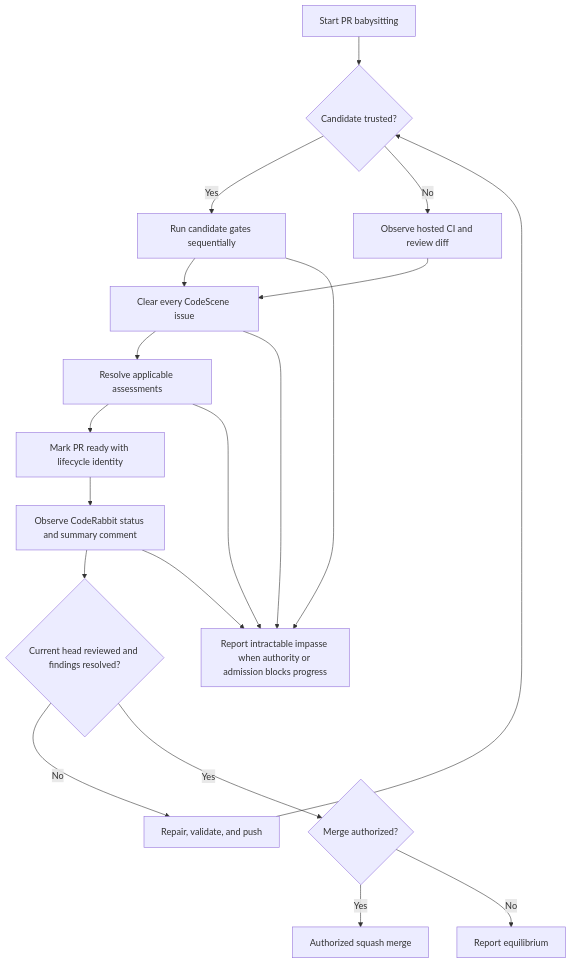
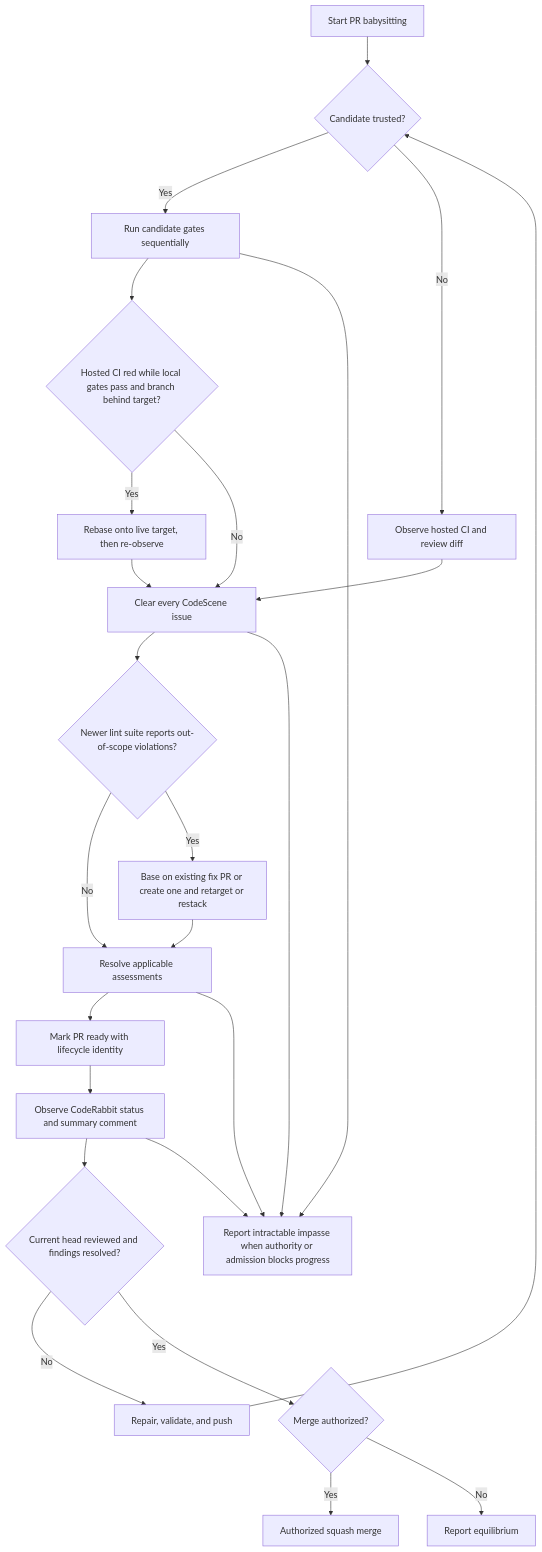
One commit to leynos/agent-helper-scripts changed the third of 6 diagrams in docs/users-guide.md. Above: the diagram before and after it, drawn with Mermaid. The commit also changed other lines of this file and 6 other files, not shown here.

First line of the commit message:
Handle stale bases and newer lint suites in pr-babysitting

````diff
--- a/docs/users-guide.md
+++ b/docs/users-guide.md
@@ -768,37 +768,46 @@
 ```mermaid
 flowchart TD
     accTitle: PR babysitting path to equilibrium, merge, or impasse
     accDescr {
         PR babysitting starts with the candidate trust decision. A trusted
         candidate has its gates run sequentially on the host; an untrusted
-        one is checked by observing hosted CI and reviewing the diff. The
+        one is checked by observing hosted CI and reviewing the diff. A red
+        hosted check whose local gates pass on a branch behind its target is
+        rebased onto the target before it is investigated. A newer lint
+        suite's out-of-scope violations move into a prerequisite fix PR. The
         agent then clears every CodeScene issue, resolves applicable assessments,
         and marks the PR ready with the lifecycle identity. It then observes
         CodeRabbit's commit status and summary comment. If the current head
         has not been reviewed or its findings are unresolved, the agent
         repairs, validates, and pushes, and the new head returns to the
         trust decision. Once the current head is reviewed and its findings
         are resolved, an authorized merge leads to a squash merge; otherwise
         the agent reports equilibrium. The gate, CodeScene, assessment, and
         review-observation stages can each end in a report of intractable
         impasse when authority or build admission blocks progress.
     }
     A[Start PR babysitting] --> T{Candidate trusted?}
     T -->|Yes| B[Run candidate gates sequentially]
     T -->|No| N[Observe hosted CI and review diff]
-    B --> C[Clear every CodeScene issue]
+    B --> S{Hosted CI red while local gates pass and branch behind target?}
+    S -->|Yes| R[Rebase onto live target, then re-observe]
+    S -->|No| C[Clear every CodeScene issue]
+    R --> C
     N --> C
-    C --> D[Resolve applicable assessments]
+    C --> U{Newer lint suite reports out-of-scope violations?}
+    U -->|No| D[Resolve applicable assessments]
+    U -->|Yes| V[Base on existing fix PR or create one and retarget or restack]
+    V --> D
     D --> E[Mark PR ready with lifecycle identity]
     E --> F[Observe CodeRabbit status and summary comment]
     F --> G{Current head reviewed and findings resolved?}
     G -->|No| H[Repair, validate, and push]
     H --> T
     G -->|Yes| I{Merge authorized?}
     I -->|Yes| J[Authorized squash merge]
     I -->|No| K[Report equilibrium]
     B --> L[Report intractable impasse when authority or admission blocks progress]
     C --> L
     D --> L
     F --> L
 ```
````
